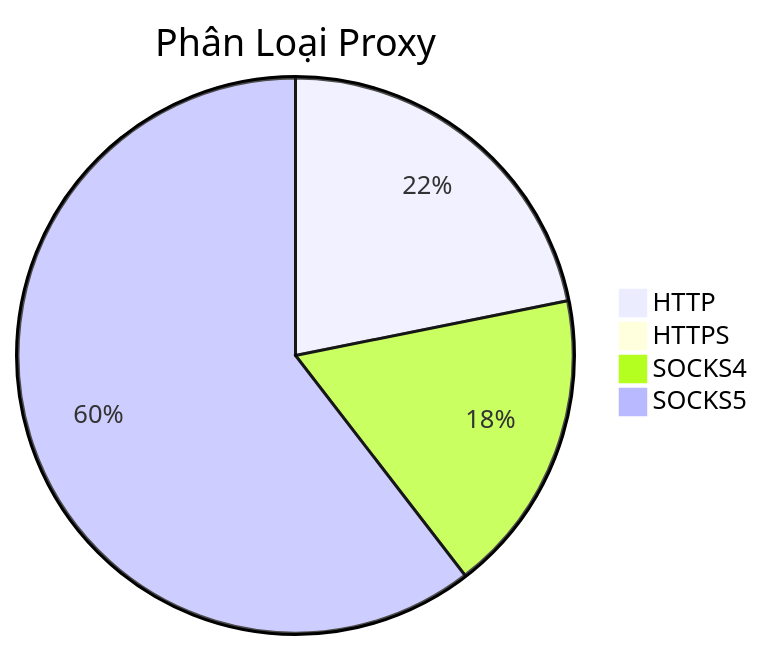
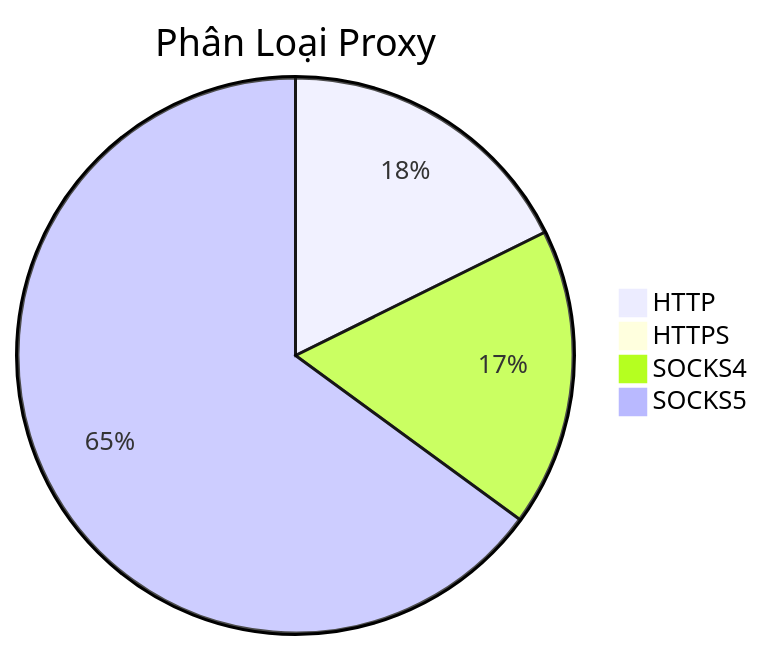
One commit to Ciara-Aa/PROXY-free changed the diagram in README.md. Above: the diagram before and after it, drawn with Mermaid. The commit also changed other lines of this file and 4 other files, not shown here.

````diff
--- a/README.md
+++ b/README.md
@@ -26,7 +26,7 @@
 ```mermaid
 pie title Phân Loại Proxy
-    "HTTP" : 375
+    "HTTP" : 316
     "HTTPS" : 1
-    "SOCKS4" : 304
-    "SOCKS5" : 1038
+    "SOCKS4" : 310
+    "SOCKS5" : 1160
 ```
````
